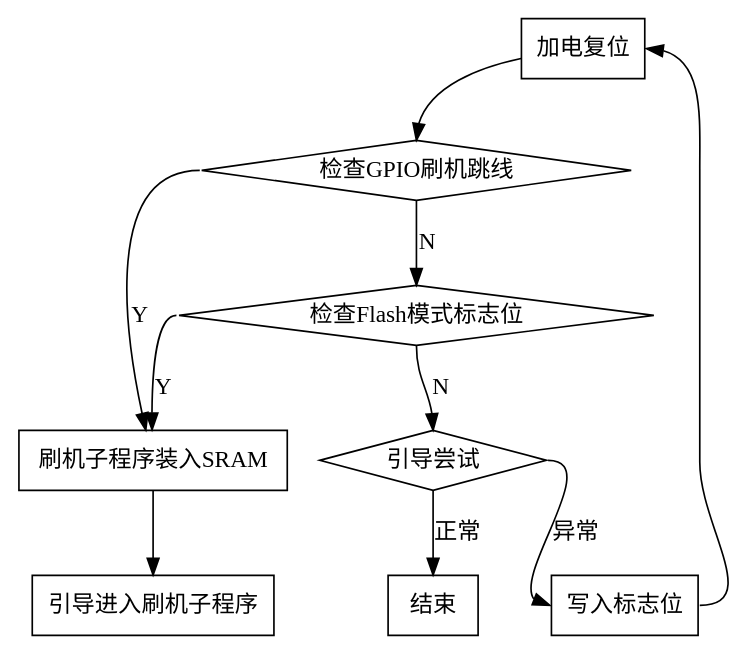
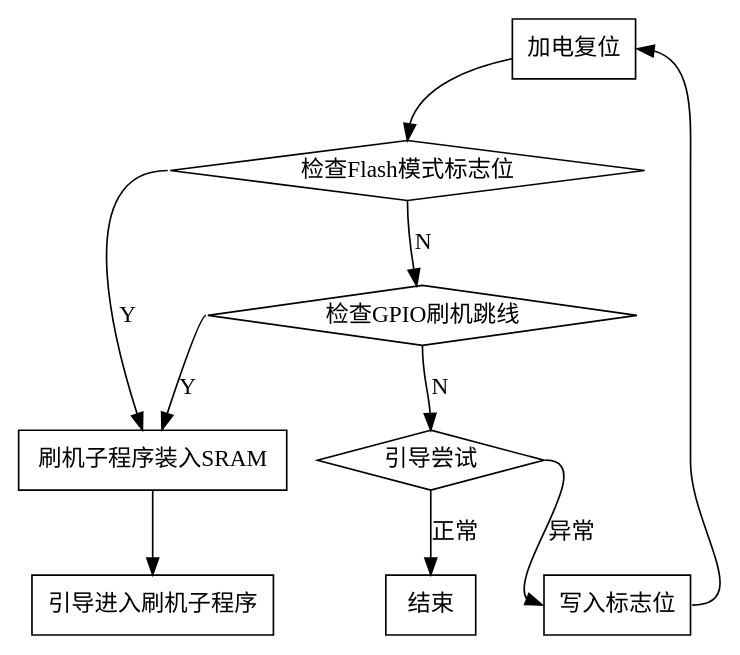
The diagram in docs/bootloader/grandplot.dot (wfjsw/os-design), drawn with Graphviz before and after one commit. The commit also changed 22 other files, not shown here.

```diff
--- a/docs/bootloader/grandplot.dot
+++ b/docs/bootloader/grandplot.dot
@@ -1,29 +1,29 @@
 digraph {
     node [shape="box"];
 
     加电复位
 
     检查GPIO刷机跳线 [shape="diamond"];
     检查Flash模式标志位 [shape="diamond"];
     刷机子程序装入SRAM
     引导进入刷机子程序
     引导尝试 [shape="diamond"];
 
 
-    加电复位 -> 检查GPIO刷机跳线:n
+    加电复位 -> 检查Flash模式标志位:n
+
+    检查Flash模式标志位:w -> 刷机子程序装入SRAM [label="Y"];
+
+    检查Flash模式标志位:s -> 检查GPIO刷机跳线 [label="N"];
 
     检查GPIO刷机跳线:w -> 刷机子程序装入SRAM [label="Y"];
 
-    检查GPIO刷机跳线:s -> 检查Flash模式标志位 [label="N"];
-
-    检查Flash模式标志位:w -> 刷机子程序装入SRAM [label="Y"];
-
     刷机子程序装入SRAM -> 引导进入刷机子程序
 
-    检查Flash模式标志位:s -> 引导尝试:n [label="N"];
+    检查GPIO刷机跳线:s -> 引导尝试:n [label="N"];
 
     引导尝试 -> 结束 [label="正常"]
 
     引导尝试:e -> 写入标志位:w [label="异常"]
     写入标志位:e -> 加电复位:e
 }
```
